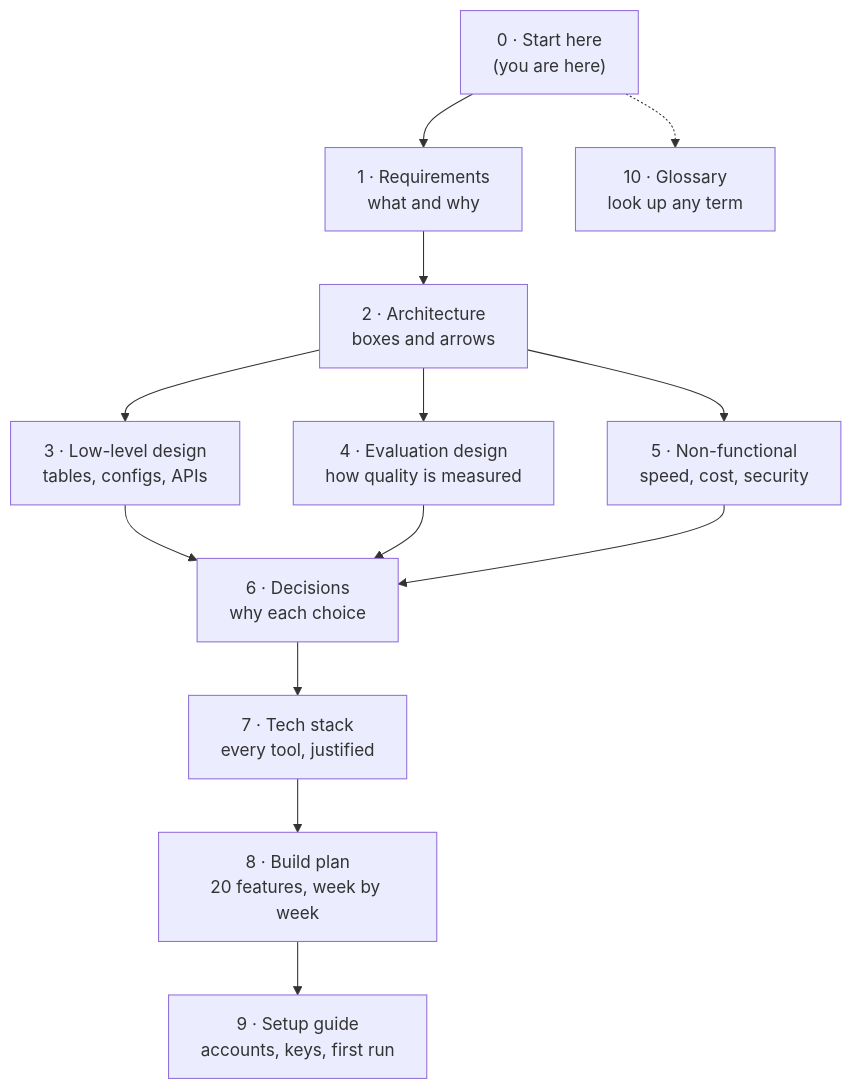
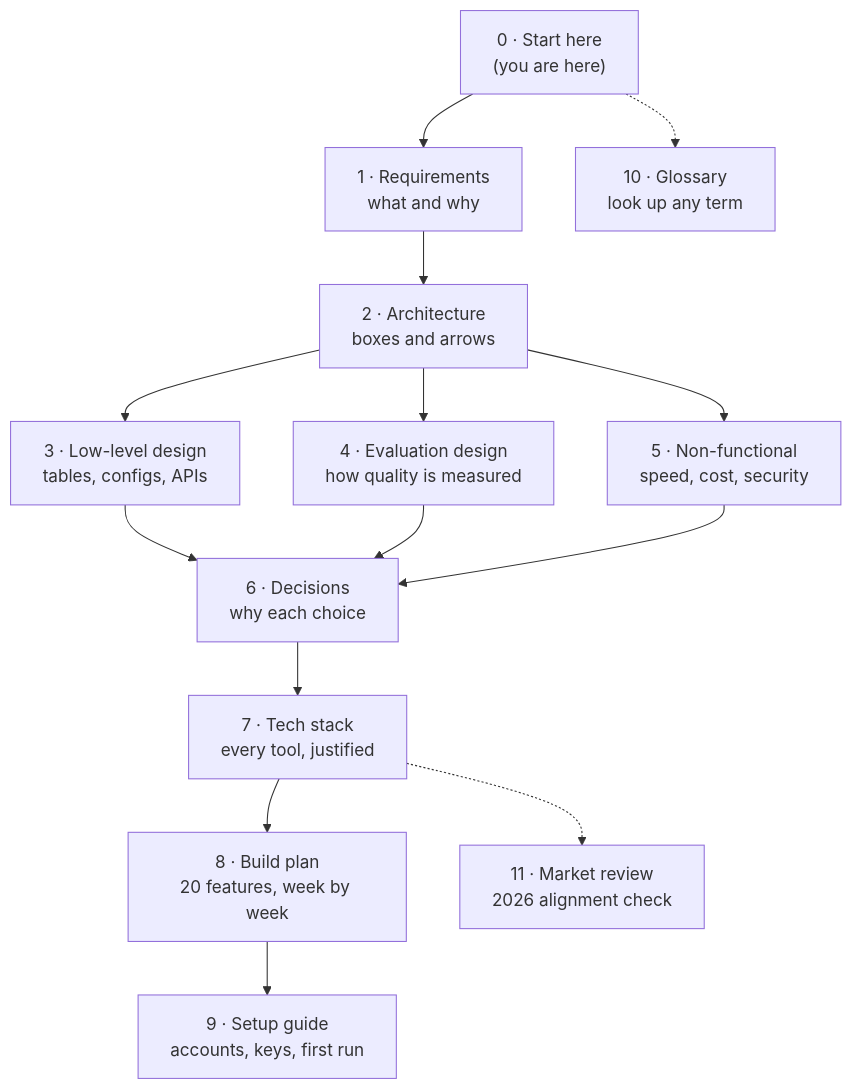
One commit to pRiMeXoMeGa/AI-Learning-Projects changed the third of 3 diagrams in projects/01-rag-eval-lab/docs/00-start-here.md. Above: the diagram before and after it, drawn with Mermaid. The commit also changed other lines of this file and 23 other files, not shown here.

First line of the commit message:
Add 2026 market alignment review for Project 1 and apply its updates

````diff
--- a/projects/01-rag-eval-lab/docs/00-start-here.md
+++ b/projects/01-rag-eval-lab/docs/00-start-here.md
@@ -129,13 +130,14 @@
 ```mermaid
 flowchart TB
     S0["0 · Start here<br/>(you are here)"] --> S1["1 · Requirements<br/>what and why"]
     S1 --> S2["2 · Architecture<br/>boxes and arrows"]
     S2 --> S3["3 · Low-level design<br/>tables, configs, APIs"]
     S2 --> S4["4 · Evaluation design<br/>how quality is measured"]
     S2 --> S5["5 · Non-functional<br/>speed, cost, security"]
     S3 & S4 & S5 --> S6["6 · Decisions<br/>why each choice"]
     S6 --> S7["7 · Tech stack<br/>every tool, justified"]
     S7 --> S8["8 · Build plan<br/>20 features, week by week"]
     S8 --> S9["9 · Setup guide<br/>accounts, keys, first run"]
     S0 -.-> S10["10 · Glossary<br/>look up any term"]
+    S7 -.-> S11["11 · Market review<br/>2026 alignment check"]
 ```
````
